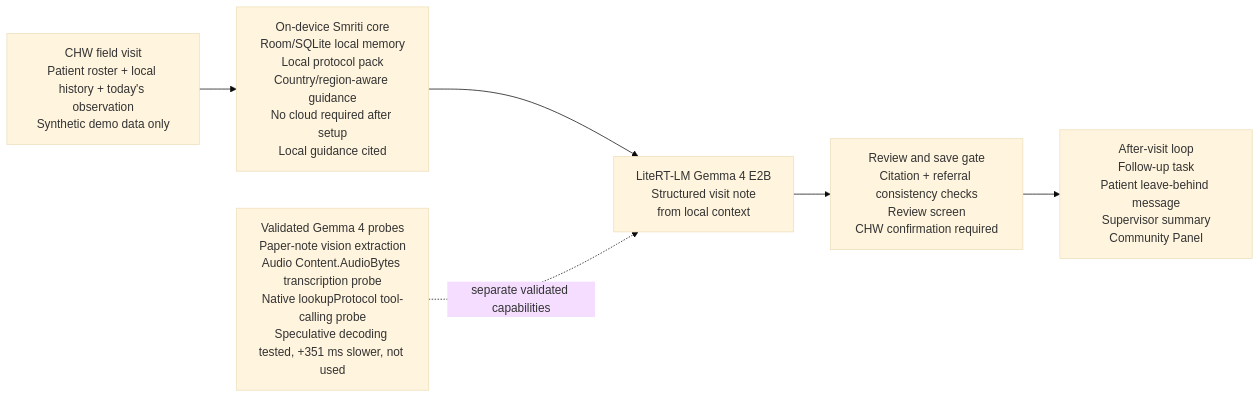
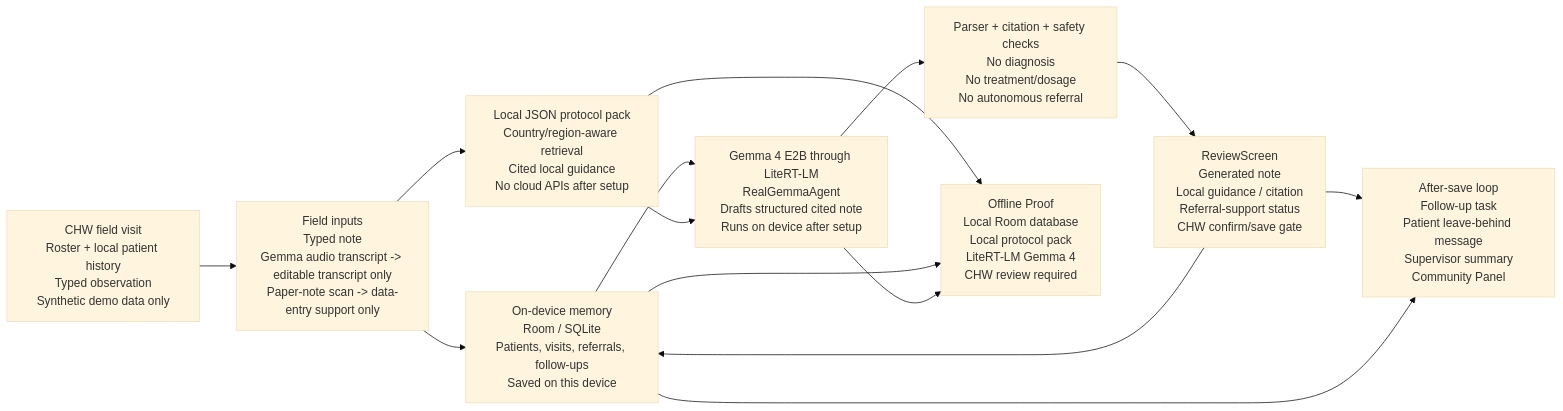
One commit to sankalp-rajeev/Smriti changed the diagram in docs/smriti_architecture_diagram.md. Above: the diagram before and after it, drawn with Mermaid (base theme). The commit also changed other lines of this file and 8 other files, not shown here.

````diff
--- a/docs/smriti_architecture_diagram.md
+++ b/docs/smriti_architecture_diagram.md
@@ -5,17 +5,34 @@
 ```mermaid
 flowchart LR
-    Visit["CHW field visit<br/>Patient roster + local history + today's observation<br/>Synthetic demo data only"]
+    CHW["CHW field visit<br/>Roster + local patient history<br/>Typed observation<br/>Synthetic demo data only"]
 
-    Core["On-device Smriti core<br/>Room/SQLite local memory<br/>Local protocol pack<br/>Country/region-aware guidance<br/>No cloud required after setup<br/>Local guidance cited"]
+    Inputs["Field inputs<br/>Typed note<br/>Gemma audio transcript -> editable transcript only<br/>Paper-note scan -> data-entry support only"]
 
-    Gemma["LiteRT-LM Gemma 4 E2B<br/>Structured visit note<br/>from local context"]
+    Memory["On-device memory<br/>Room / SQLite<br/>Patients, visits, referrals, follow-ups<br/>Saved on this device"]
 
-    Gate["Review and save gate<br/>Citation + referral consistency checks<br/>Review screen<br/>CHW confirmation required"]
+    Protocols["Local JSON protocol pack<br/>Country/region-aware retrieval<br/>Cited local guidance<br/>No cloud APIs after setup"]
 
-    Loop["After-visit loop<br/>Follow-up task<br/>Patient leave-behind message<br/>Supervisor summary<br/>Community Panel"]
+    Gemma["Gemma 4 E2B through LiteRT-LM<br/>RealGemmaAgent<br/>Drafts structured cited note<br/>Runs on device after setup"]
 
-    Probes["Validated Gemma 4 probes<br/>Paper-note vision extraction<br/>Audio Content.AudioBytes transcription probe<br/>Native lookupProtocol tool-calling probe<br/>Speculative decoding tested, +351 ms slower, not used"]
+    Checks["Parser + citation + safety checks<br/>No diagnosis<br/>No treatment/dosage<br/>No autonomous referral"]
 
-    Visit --> Core --> Gemma --> Gate --> Loop
-    Probes -. "separate validated capabilities" .-> Gemma
+    Review["ReviewScreen<br/>Generated note<br/>Local guidance / citation<br/>Referral-support status<br/>CHW confirm/save gate"]
+
+    Loop["After-save loop<br/>Follow-up task<br/>Patient leave-behind message<br/>Supervisor summary<br/>Community Panel"]
+
+    Proof["Offline Proof<br/>Local Room database<br/>Local protocol pack<br/>LiteRT-LM Gemma 4<br/>CHW review required"]
+
+    CHW --> Inputs
+    Inputs --> Memory
+    Inputs --> Protocols
+    Memory --> Gemma
+    Protocols --> Gemma
+    Gemma --> Checks
+    Checks --> Review
+    Review --> Memory
+    Review --> Loop
+    Memory --> Loop
+    Protocols --> Proof
+    Memory --> Proof
+    Gemma --> Proof
 ```
````
